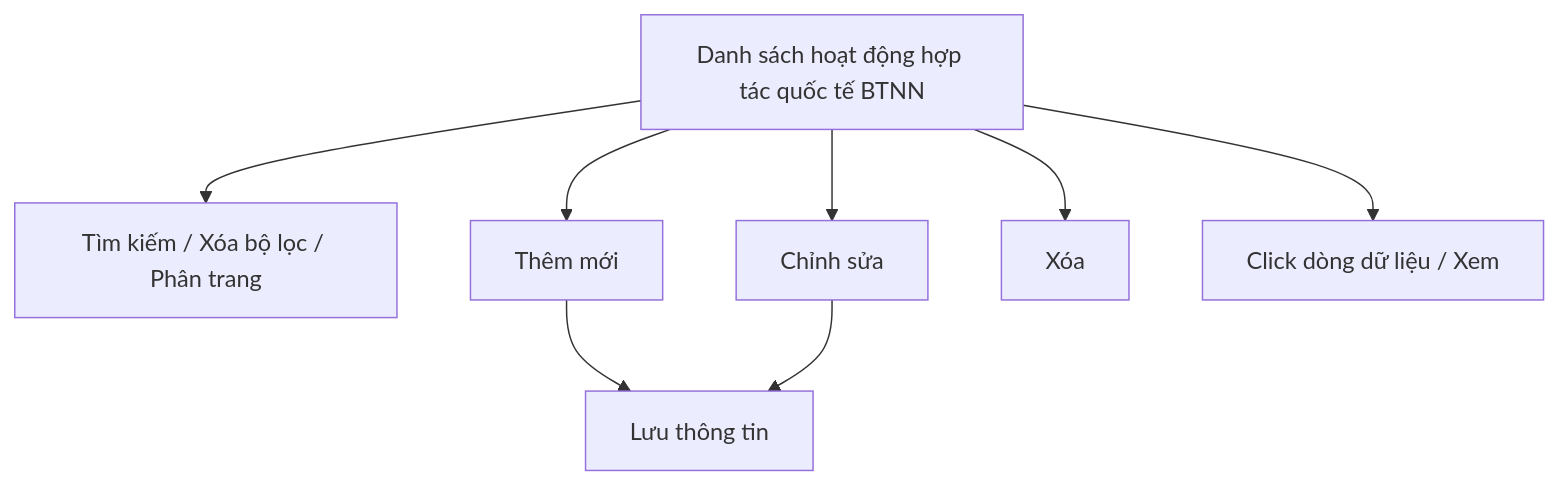
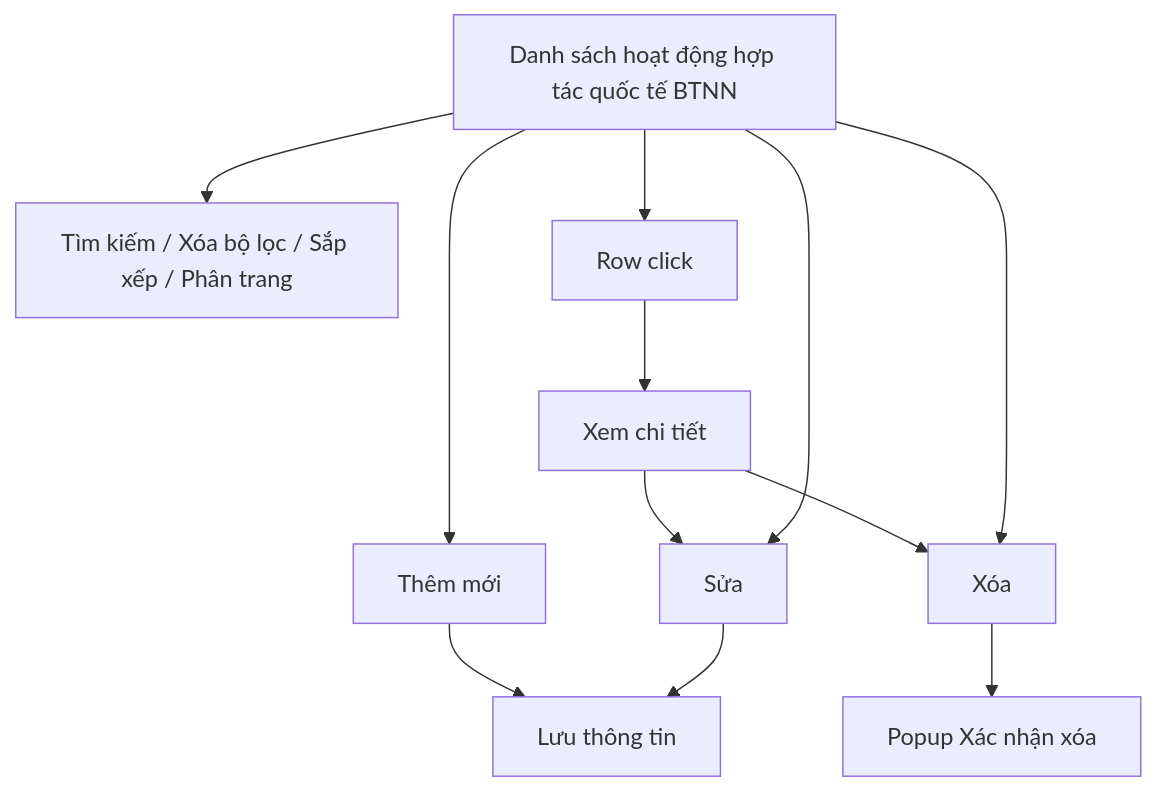
Before and after one commit to huyendt2007/BPBD_UI: the diagram in Tai lieu phan tich/03_Website_Quan_tri/03_Cong_tac_boi_thuong/SRS_BTNN_BTP_HopTac_QuocTe.md, drawn with Mermaid. The commit also changed other lines of this file and 135 other files, not shown here.

````diff
--- a/Tai lieu phan tich/03_Website_Quan_tri/03_Cong_tac_boi_thuong/SRS_BTNN_BTP_HopTac_QuocTe.md
+++ b/Tai lieu phan tich/03_Website_Quan_tri/03_Cong_tac_boi_thuong/SRS_BTNN_BTP_HopTac_QuocTe.md
@@ -25,10 +25,10 @@
 ```mermaid
 flowchart TD
-    A[Danh sách hoạt động hợp tác quốc tế BTNN] --> B[Tìm kiếm / Xóa bộ lọc / Phân trang]
-    A --> C[Thêm mới]
-    C --> D[Lưu thông tin]
-    A --> E[Chỉnh sửa]
-    E --> D
-    A --> F[Xóa]
-    A --> G[Click dòng dữ liệu / Xem]
+    A[Danh sách hoạt động hợp tác quốc tế BTNN] --> B[Tìm kiếm / Xóa bộ lọc / Sắp xếp / Phân trang]
+    A --> G[Row click] --> K[Xem chi tiết]
+    K --> E
+    K --> F
+    A --> C[Thêm mới] --> D[Lưu thông tin]
+    A --> E[Sửa] --> D
+    A --> F[Xóa] --> X[Popup Xác nhận xóa]
 ```
````
